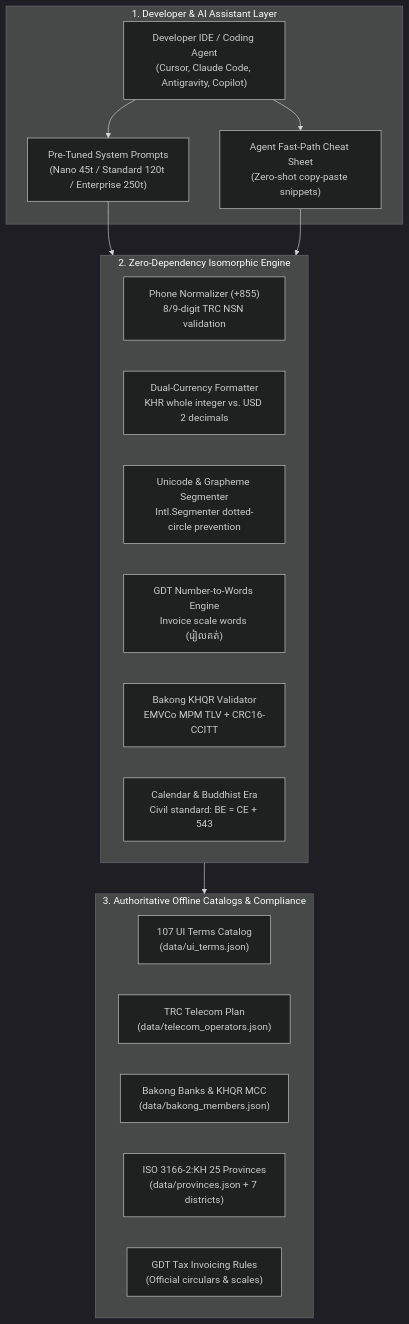
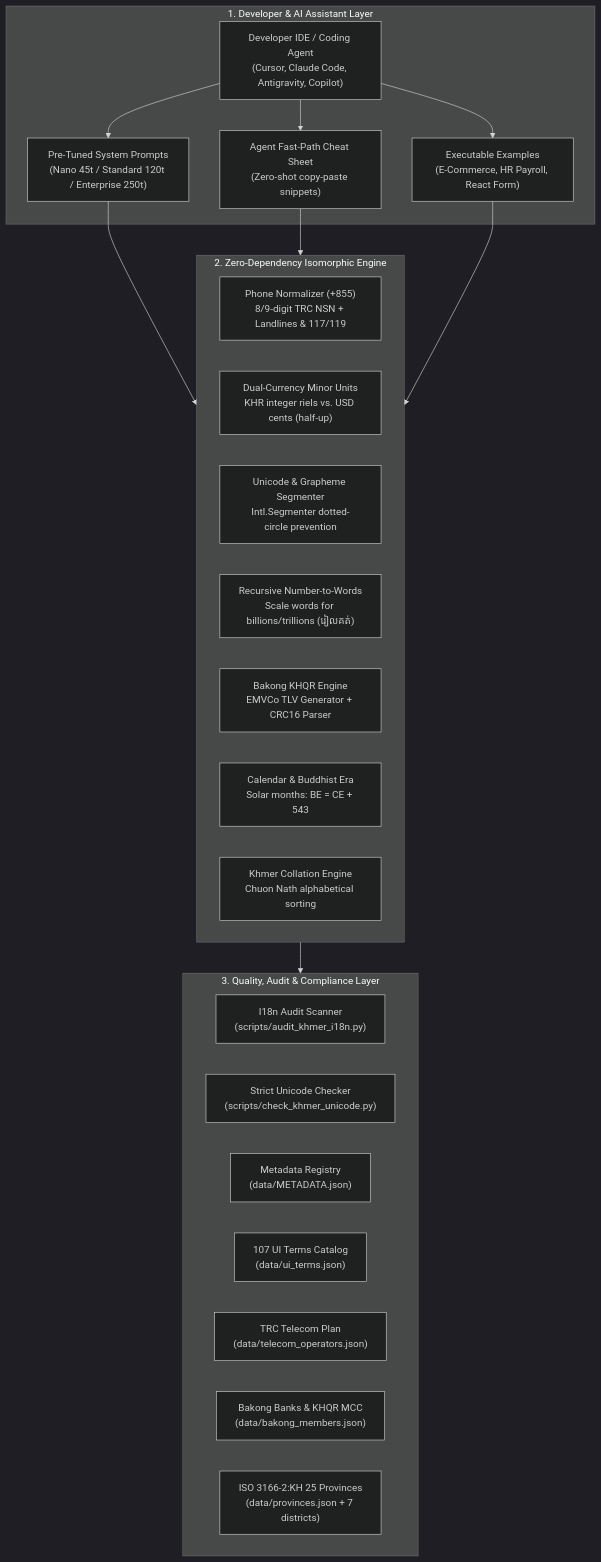
One commit to Chhunsour/khmer-localization changed the diagram in README.md. Above: the diagram before and after it, drawn with Mermaid (dark theme). The commit also changed other lines of this file and 21 other files, not shown here.

First line of the commit message:
feat: upgrade to production-grade AI localization skill with i18n audit engine, full test coverage, and runnable examples

````diff
--- a/README.md
+++ b/README.md
@@ -30,31 +31,37 @@
 ```mermaid
 flowchart TD
     subgraph Layer1["1. Developer & AI Assistant Layer"]
         IDE["Developer IDE / Coding Agent<br>(Cursor, Claude Code, Antigravity, Copilot)"]
         PROMPT["Pre-Tuned System Prompts<br>(Nano 45t / Standard 120t / Enterprise 250t)"]
         FASTPATH["Agent Fast-Path Cheat Sheet<br>(Zero-shot copy-paste snippets)"]
+        EXAMPLES["Executable Examples<br>(E-Commerce, HR Payroll, React Form)"]
     end
 
     subgraph Layer2["2. Zero-Dependency Isomorphic Engine"]
-        PHONE["Phone Normalizer (+855)<br>8/9-digit TRC NSN validation"]
-        CURR["Dual-Currency Formatter<br>KHR whole integer vs. USD 2 decimals"]
+        PHONE["Phone Normalizer (+855)<br>8/9-digit TRC NSN + Landlines & 117/119"]
+        CURR["Dual-Currency Minor Units<br>KHR integer riels vs. USD cents (half-up)"]
         UNICODE["Unicode & Grapheme Segmenter<br>Intl.Segmenter dotted-circle prevention"]
-        WORDS["GDT Number-to-Words Engine<br>Invoice scale words (រៀលគត់)"]
-        KHQR["Bakong KHQR Validator<br>EMVCo MPM TLV + CRC16-CCITT"]
-        CALENDAR["Calendar & Buddhist Era<br>Civil standard: BE = CE + 543"]
+        WORDS["Recursive Number-to-Words<br>Scale words for billions/trillions (រៀលគត់)"]
+        KHQR["Bakong KHQR Engine<br>EMVCo TLV Generator + CRC16 Parser"]
+        CALENDAR["Calendar & Buddhist Era<br>Solar months: BE = CE + 543"]
+        COLLATION["Khmer Collation Engine<br>Chuon Nath alphabetical sorting"]
     end
 
-    subgraph Layer3["3. Authoritative Offline Catalogs & Compliance"]
+    subgraph Layer3["3. Quality, Audit & Compliance Layer"]
+        AUDIT["I18n Audit Scanner<br>(scripts/audit_khmer_i18n.py)"]
+        UNICODE_CHECK["Strict Unicode Checker<br>(scripts/check_khmer_unicode.py)"]
+        METADATA["Metadata Registry<br>(data/METADATA.json)"]
         UI_TERMS["107 UI Terms Catalog<br>(data/ui_terms.json)"]
         TRC_DATA["TRC Telecom Plan<br>(data/telecom_operators.json)"]
         NBC_DATA["Bakong Banks & KHQR MCC<br>(data/bakong_members.json)"]
         ADMIN_DATA["ISO 3166-2:KH 25 Provinces<br>(data/provinces.json + 7 districts)"]
-        GDT_DATA["GDT Tax Invoicing Rules<br>(Official circulars & scales)"]
     end
 
     IDE --> PROMPT
     IDE --> FASTPATH
+    IDE --> EXAMPLES
     PROMPT --> Layer2
     FASTPATH --> Layer2
+    EXAMPLES --> Layer2
     Layer2 --> Layer3
 ```
````
